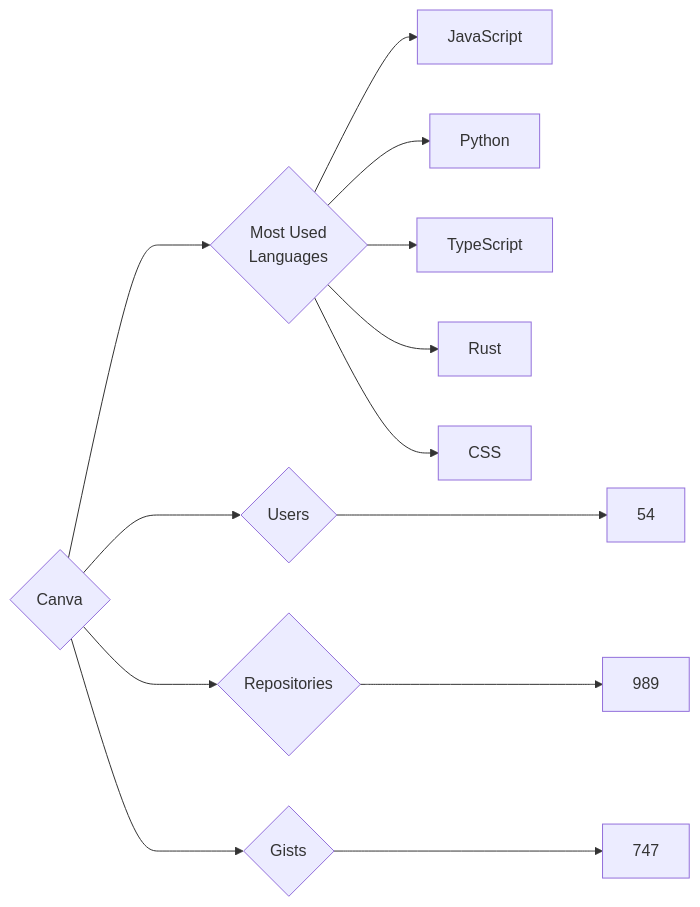
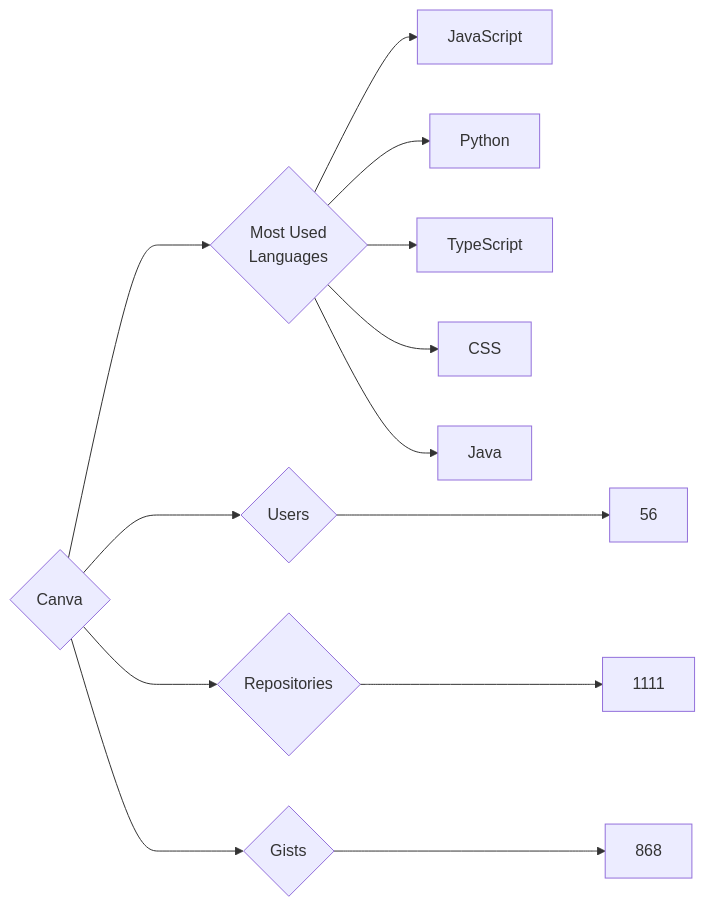
The diagram in targets/Canva/README.md (trickest/insiders), drawn with Mermaid before and after one commit. The commit also changed 891 other files, not shown here.

````diff
--- a/targets/Canva/README.md
+++ b/targets/Canva/README.md
@@ -3,13 +3,13 @@
 ```mermaid
 graph LR
 COMPANY_NAME{Canva}
-COMPANY_NAME ---> U{Users} ---> UN[54]
-COMPANY_NAME ---> R{Repositories} ---> RN[989]
-COMPANY_NAME ---> G{Gists} ---> GN[747]
+COMPANY_NAME ---> U{Users} ---> UN[56]
+COMPANY_NAME ---> R{Repositories} ---> RN[1111]
+COMPANY_NAME ---> G{Gists} ---> GN[868]
 COMPANY_NAME ---> ML{Most Used<br>Languages}
 ML --> JavaScript[JavaScript]
 ML --> Python[Python]
 ML --> TypeScript[TypeScript]
-ML --> Rust[Rust]
 ML --> CSS[CSS]
+ML --> Java[Java]
 ```
````
